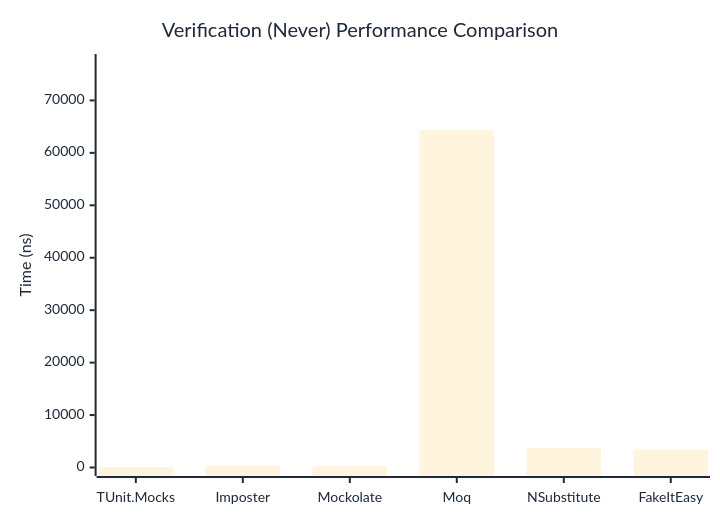
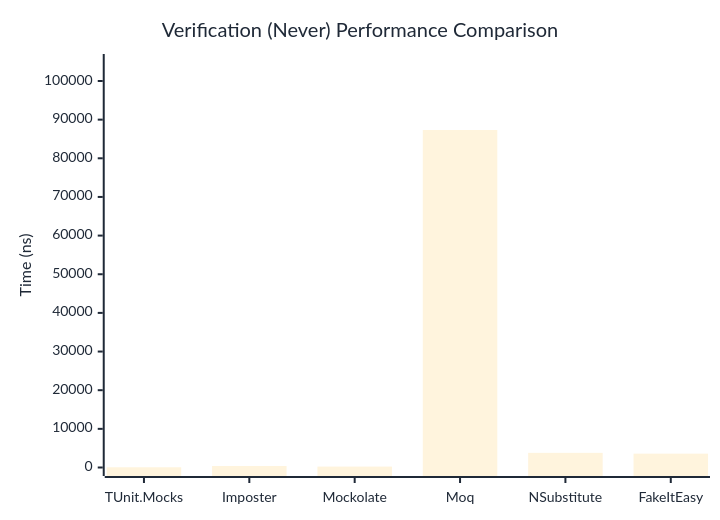
One commit to thomhurst/TUnit changed the second of 3 diagrams in docs/docs/benchmarks/mocks/Verification.md. Above: the diagram before and after it, drawn with Mermaid. The commit also changed other lines of this file and 14 other files, not shown here.

````diff
--- a/docs/docs/benchmarks/mocks/Verification.md
+++ b/docs/docs/benchmarks/mocks/Verification.md
@@ -71,27 +71,27 @@
 ```mermaid
 %%{init: {
   'theme':'base',
   'themeVariables': {
     'primaryColor': '#2563eb',
     'primaryTextColor': '#1f2937',
     'primaryBorderColor': '#1e40af',
     'lineColor': '#6b7280',
     'secondaryColor': '#7c3aed',
     'tertiaryColor': '#dc2626',
     'background': '#ffffff',
     'pie1': '#2563eb',
     'pie2': '#7c3aed',
     'pie3': '#dc2626',
     'pie4': '#f59e0b',
     'pie5': '#10b981',
     'pie6': '#06b6d4',
     'pie7': '#ec4899',
     'pie8': '#6366f1'
   }
 }}%%
 xychart-beta
   title "Verification (Never) Performance Comparison"
   x-axis ["TUnit.Mocks", "Imposter", "Mockolate", "Moq", "NSubstitute", "FakeItEasy"]
-  y-axis "Time (ns)" 0 --> 77233
-  bar [57.39, 351.91, 244.27, 64360.35, 3690.99, 3403.23]
+  y-axis "Time (ns)" 0 --> 104783
+  bar [60.45, 391.3, 238.81, 87318.61, 3789.74, 3583.02]
 ```
````
